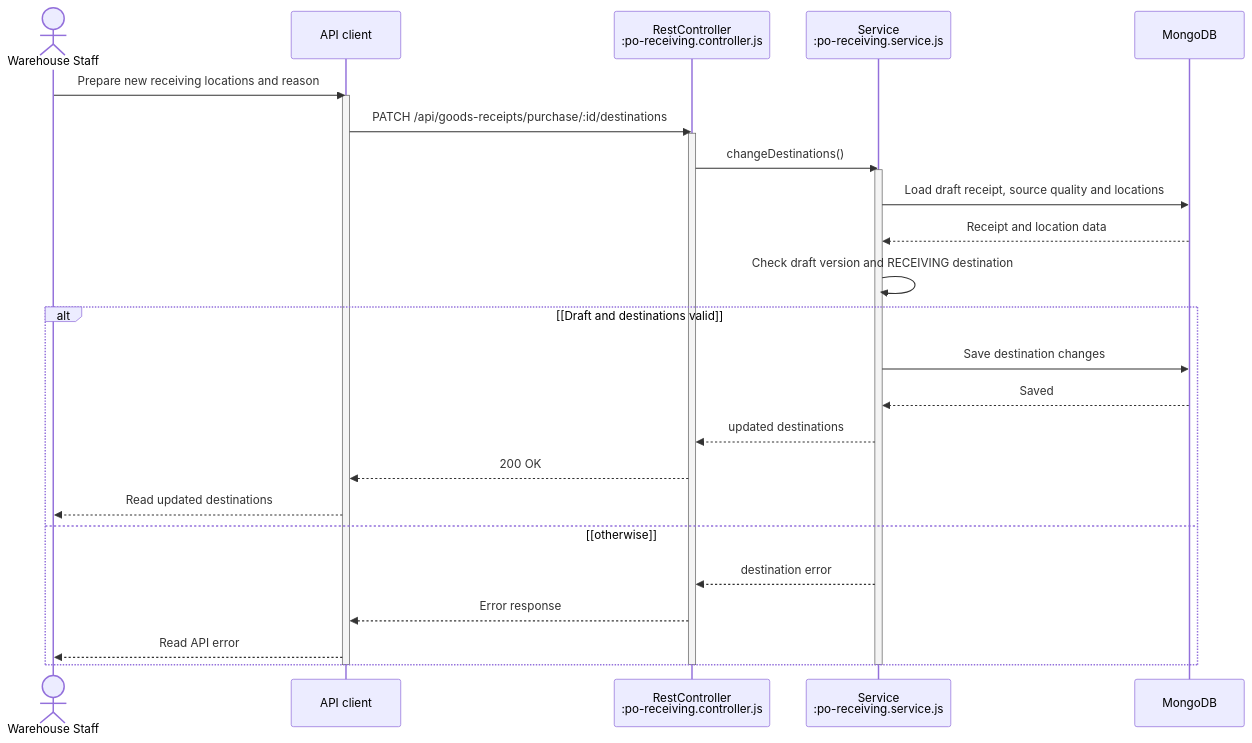
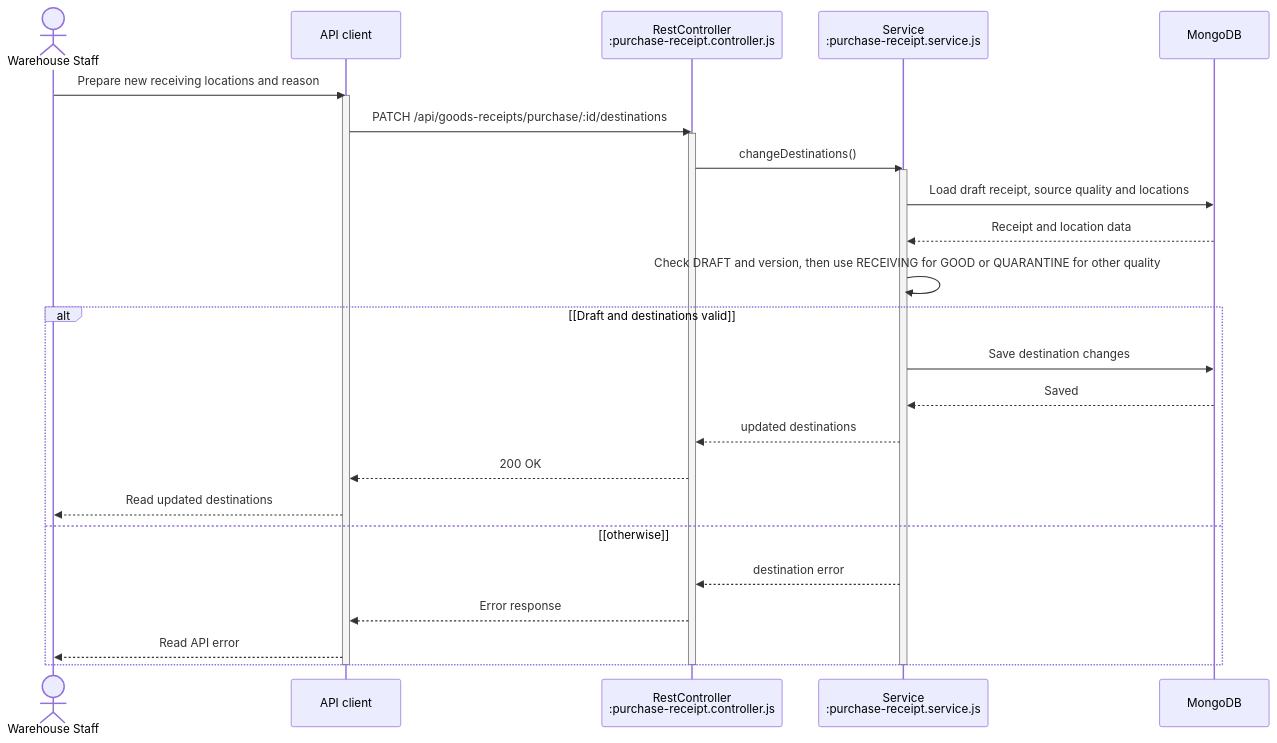
Before and after one commit to bupbalabup/wmsd_be: diagram 22 of 46 in git_doc/docs/01_bao_cao/WMSD_Report4_Draft.md, drawn with Mermaid. The commit also changed other lines of this file and 29 other files, not shown here.

````diff
--- a/git_doc/docs/01_bao_cao/WMSD_Report4_Draft.md
+++ b/git_doc/docs/01_bao_cao/WMSD_Report4_Draft.md
@@ -1639,31 +1659,31 @@
 ```mermaid
 sequenceDiagram
   actor X as Warehouse Staff
   participant U as API client
-  participant A as RestController<br/>:po-receiving.controller.js
-  participant S as Service<br/>:po-receiving.service.js
+  participant A as RestController<br/>:purchase-receipt.controller.js
+  participant S as Service<br/>:purchase-receipt.service.js
   participant D as MongoDB
   X->>U: Prepare new receiving locations and reason
   activate U
   U->>A: PATCH /api/goods-receipts/purchase/:id/destinations
   activate A
   A->>S: changeDestinations()
   activate S
   S->>D: Load draft receipt, source quality and locations
   D-->>S: Receipt and location data
-  S->>S: Check draft version and RECEIVING destination
+  S->>S: Check DRAFT and version, then use RECEIVING for GOOD or QUARANTINE for other quality
   alt [Draft and destinations valid]
     S->>D: Save destination changes
     D-->>S: Saved
     S-->>A: updated destinations
     A-->>U: 200 OK
     U-->>X: Read updated destinations
   else [otherwise]
     S-->>A: destination error
     A-->>U: Error response
     U-->>X: Read API error
   end
   deactivate S
   deactivate A
   deactivate U
 ```
````
